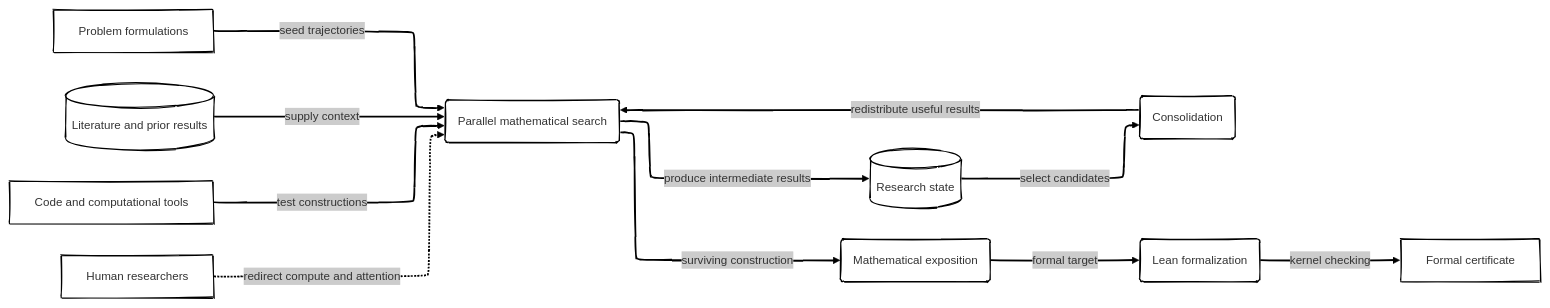
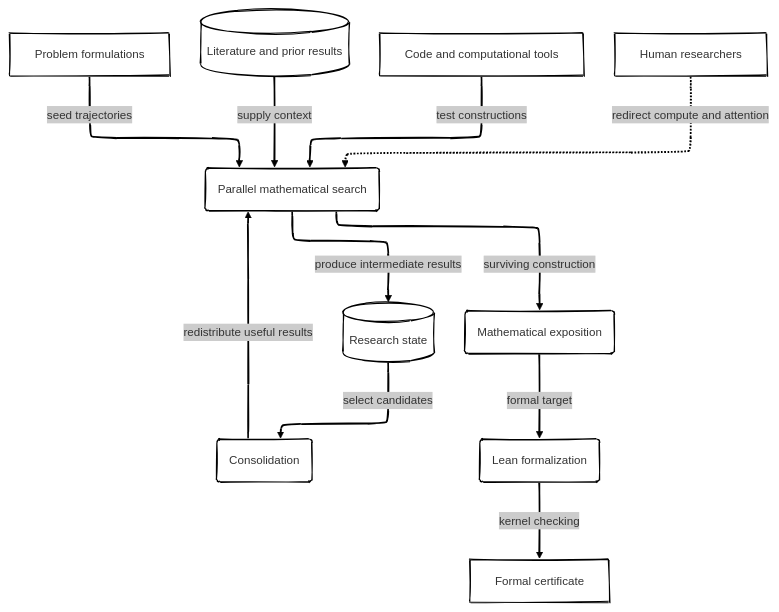
The diagram in posts/ai-agents-solving-open-problems-changing-mathematics/index.qmd (antomon/antomon.github.io), drawn with Mermaid before and after one commit. The commit also changed 8 other files, not shown here.

````diff
--- a/posts/ai-agents-solving-open-problems-changing-mathematics/index.qmd
+++ b/posts/ai-agents-solving-open-problems-changing-mathematics/index.qmd
@@ -623,18 +623,18 @@
 ```{mermaid}
 %%| label: fig-when-open-problems-became-benchmarks-search-system
 %%| fig-cap: "Machine-scale mathematical discovery as an adaptive research portfolio. Parallel branches explore different mathematical mechanisms; intermediate results are selected, consolidated, and redistributed; human researchers redirect resources; and surviving constructions proceed to exposition and formal verification."
 %%| fig-alt: "Problem variants, literature, and computational tools feed parallel mathematical searches. Their intermediate findings enter a shared research state, from which selected results are consolidated and returned to active searches. Human researchers redirect resources. A surviving mathematical construction proceeds to exposition, Lean formalization, and a kernel-checkable artifact."
 %%| fig-align: center
 %%{init: {"theme": "neo", "look": "handDrawn", "layout": "elk"}}%%
-flowchart LR
+flowchart TD
     A[Problem formulations] -->|seed trajectories| B(Parallel mathematical search)
     C[(Literature and prior results)] -->|supply context| B
     D[Code and computational tools] -->|test constructions| B
     B -->|produce intermediate results| E[(Research state)]
     E -->|select candidates| F(Consolidation)
     F -->|redistribute useful results| B
     G[Human researchers] -.->|redirect compute and attention| B
     B -->|surviving construction| H(Mathematical exposition)
     H -->|formal target| I(Lean formalization)
     I -->|kernel checking| J[Formal certificate]
 ```
````
